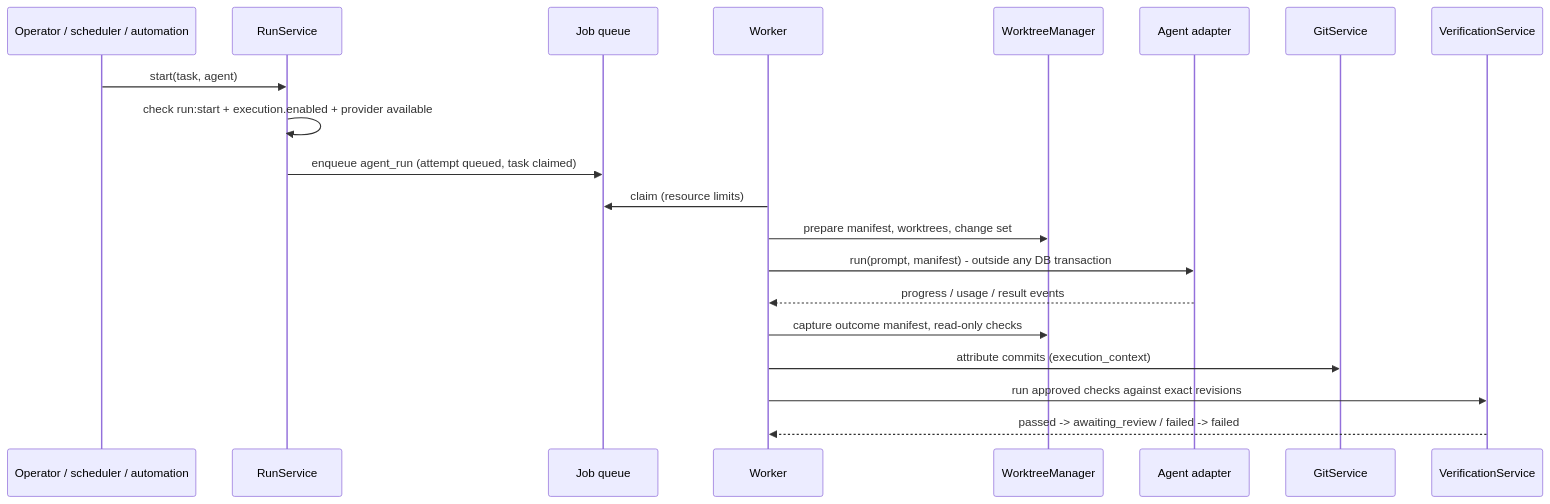
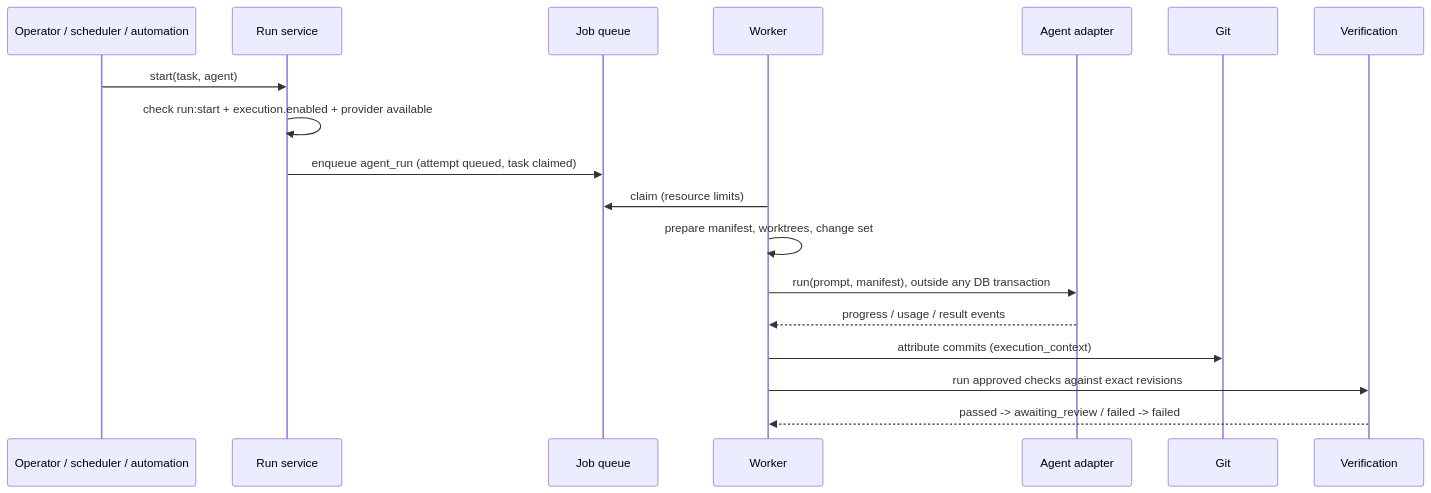
The second of 2 diagrams in docs/architecture.md (BriceKrispies/workgraph), drawn with Mermaid before and after one commit. The commit also changed other lines of this file and 18 other files, not shown here.

````diff
--- a/docs/architecture.md
+++ b/docs/architecture.md
@@ -94,22 +79,20 @@
 ```mermaid
 sequenceDiagram
     participant U as Operator / scheduler / automation
-    participant R as RunService
+    participant R as Run service
     participant Q as Job queue
     participant W as Worker
-    participant WT as WorktreeManager
     participant A as Agent adapter
-    participant G as GitService
-    participant V as VerificationService
+    participant G as Git
+    participant V as Verification
     U->>R: start(task, agent)
     R->>R: check run:start + execution.enabled + provider available
     R->>Q: enqueue agent_run (attempt queued, task claimed)
     W->>Q: claim (resource limits)
-    W->>WT: prepare manifest, worktrees, change set
-    W->>A: run(prompt, manifest) - outside any DB transaction
+    W->>W: prepare manifest, worktrees, change set
+    W->>A: run(prompt, manifest), outside any DB transaction
     A-->>W: progress / usage / result events
-    W->>WT: capture outcome manifest, read-only checks
     W->>G: attribute commits (execution_context)
     W->>V: run approved checks against exact revisions
     V-->>W: passed -> awaiting_review / failed -> failed
 ```
````
